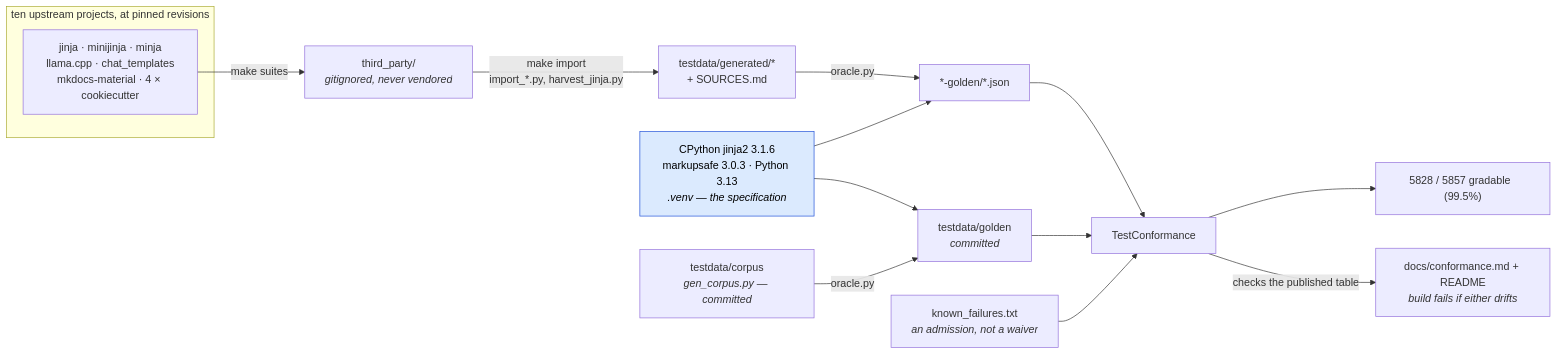
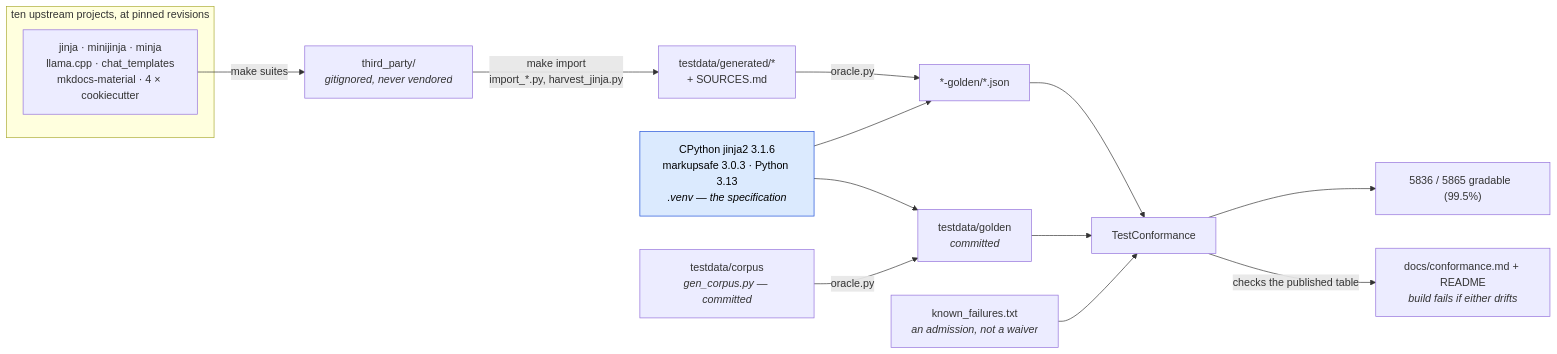
Before and after one commit to mgilbir/gojja2: the first of 2 diagrams in docs/conformance.md, drawn with Mermaid. The commit also changed other lines of this file and 28 other files, not shown here.

````diff
--- a/docs/conformance.md
+++ b/docs/conformance.md
@@ -17,24 +17,24 @@
 ```mermaid
 flowchart LR
     subgraph up["ten upstream projects, at pinned revisions"]
         U1["jinja · minijinja · minja<br/>llama.cpp · chat_templates<br/>mkdocs-material · 4 × cookiecutter"]
     end
     U1 -->|"make suites"| TP["third_party/<br/><i>gitignored, never vendored</i>"]
     TP -->|"make import<br/>import_*.py, harvest_jinja.py"| GEN["testdata/generated/*<br/>+ SOURCES.md"]
 
     ORA["CPython jinja2 3.1.6<br/>markupsafe 3.0.3 · Python 3.13<br/><i>.venv — the specification</i>"]
     GEN -->|"oracle.py"| G2["*-golden/*.json"]
     ORA --> G2
 
     OWN["testdata/corpus<br/><i>gen_corpus.py — committed</i>"] -->|"oracle.py"| G1["testdata/golden<br/><i>committed</i>"]
     ORA --> G1
 
     G1 --> TC["TestConformance"]
     G2 --> TC
     KF["known_failures.txt<br/><i>an admission, not a waiver</i>"] --> TC
-    TC --> RATE["5828 / 5857 gradable  (99.5%)"]
+    TC --> RATE["5836 / 5865 gradable  (99.5%)"]
     TC -->|"checks the published table"| RM["docs/conformance.md + README<br/><i>build fails if either drifts</i>"]
 
     classDef spec fill:#dbeafe,stroke:#1d4ed8,color:#000
     class ORA spec
 ```
````
